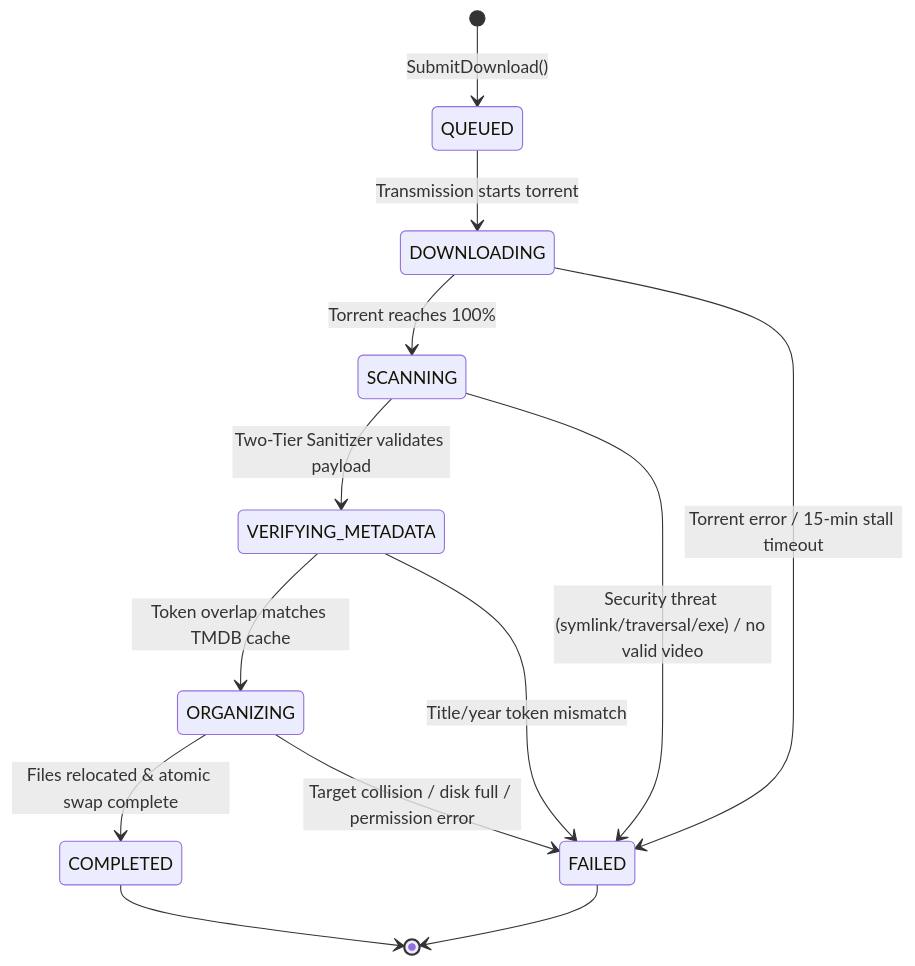
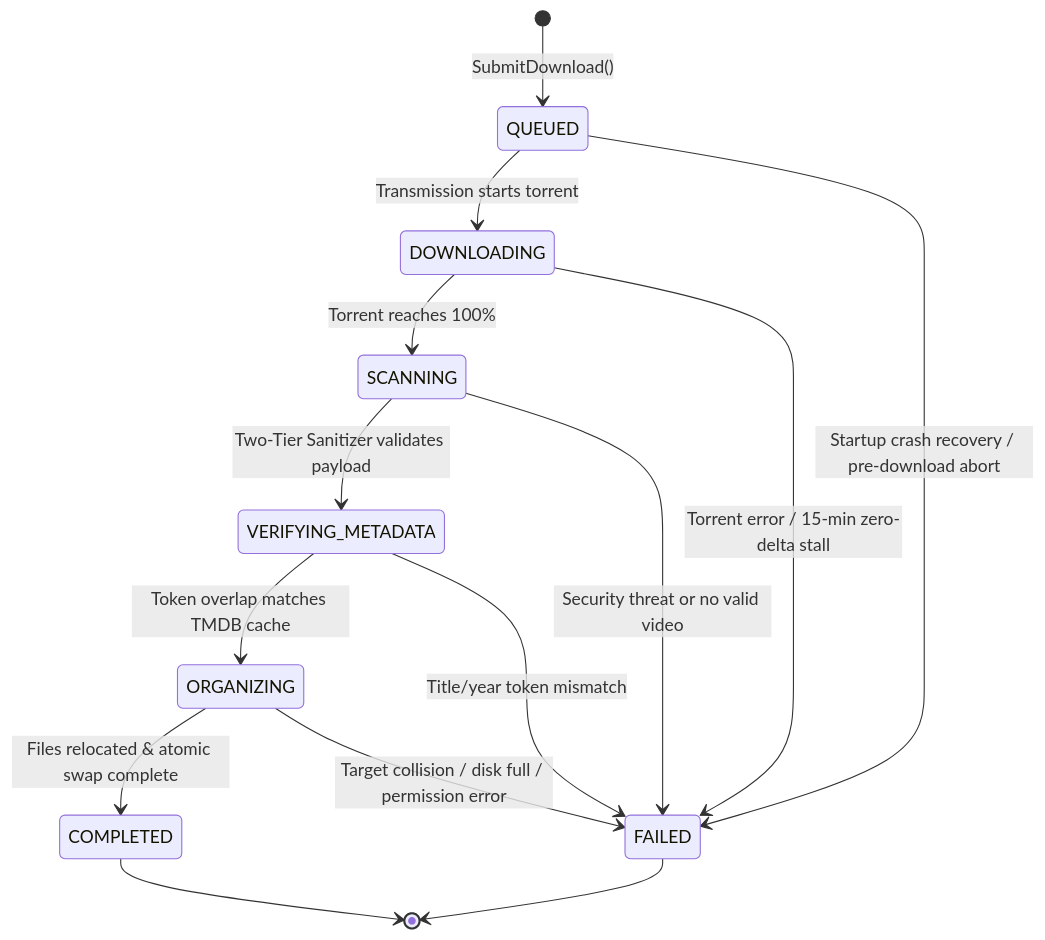
The second of 2 diagrams in docs/architecture.md (kiskaadee/MagNetFlix), drawn with Mermaid before and after one commit. The commit also changed other lines of this file and 6 other files, not shown here.

````diff
--- a/docs/architecture.md
+++ b/docs/architecture.md
@@ -47,19 +58,20 @@
 ```mermaid
 stateDiagram-v2
     [*] --> QUEUED: SubmitDownload()
     QUEUED --> DOWNLOADING: Transmission starts torrent
+    QUEUED --> FAILED: Startup crash recovery / pre-download abort
     DOWNLOADING --> SCANNING: Torrent reaches 100%
-    DOWNLOADING --> FAILED: Torrent error / 15-min stall timeout
-    
+    DOWNLOADING --> FAILED: Torrent error / 15-min zero-delta stall
+
     SCANNING --> VERIFYING_METADATA: Two-Tier Sanitizer validates payload
-    SCANNING --> FAILED: Security threat (symlink/traversal/exe) / no valid video
-    
+    SCANNING --> FAILED: Security threat or no valid video
+
     VERIFYING_METADATA --> ORGANIZING: Token overlap matches TMDB cache
     VERIFYING_METADATA --> FAILED: Title/year token mismatch
-    
+
     ORGANIZING --> COMPLETED: Files relocated & atomic swap complete
     ORGANIZING --> FAILED: Target collision / disk full / permission error
-    
+
     COMPLETED --> [*]
     FAILED --> [*]
 ```
````
